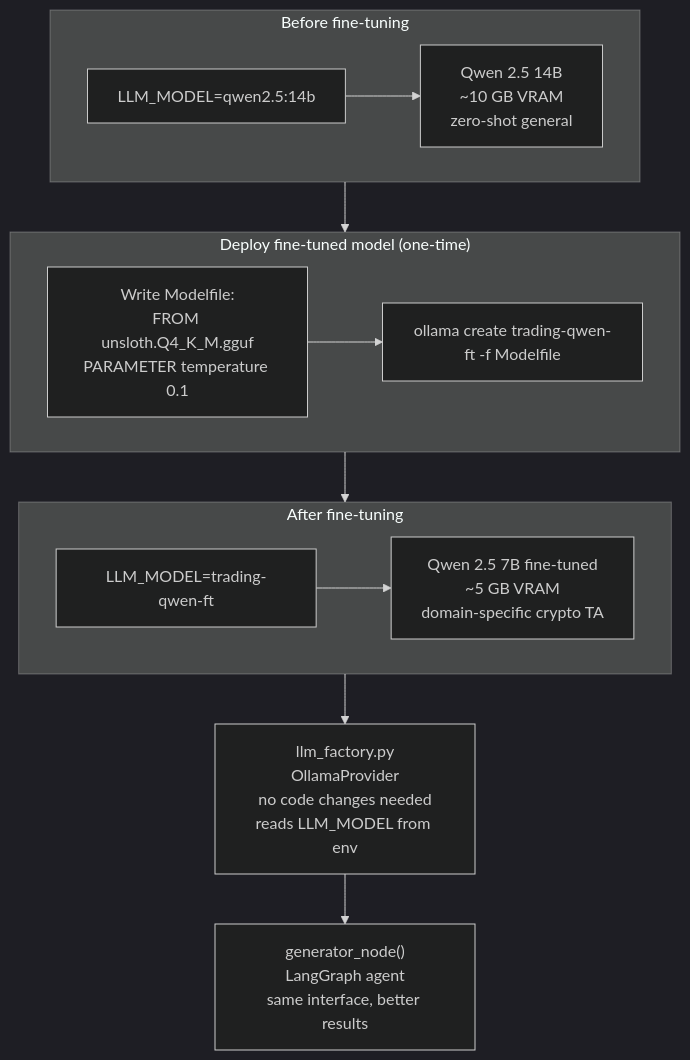
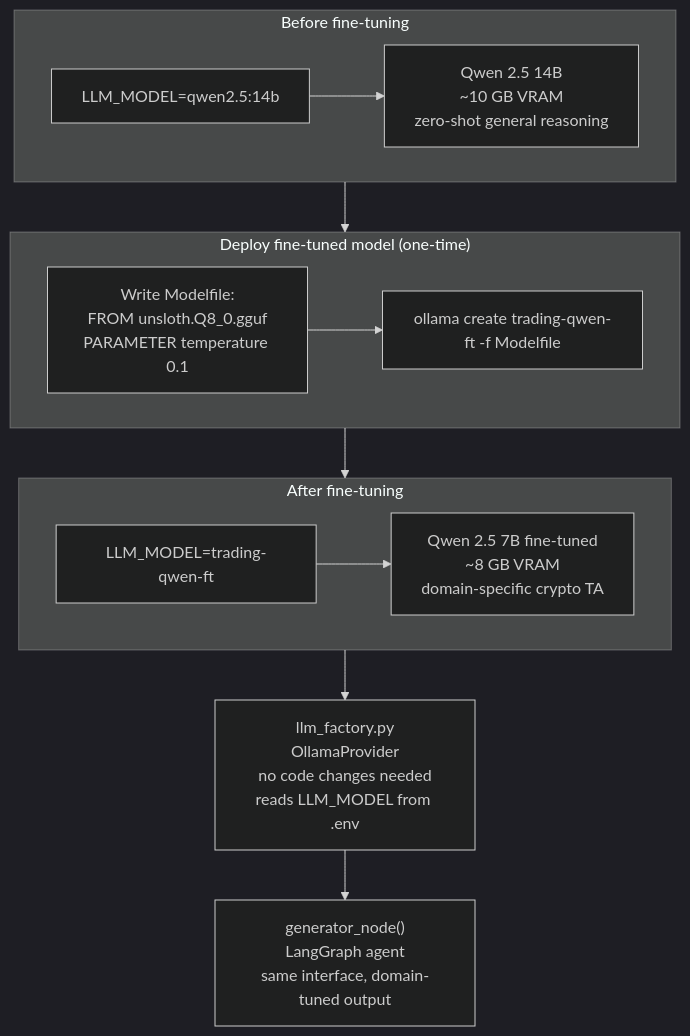
The third of 4 diagrams in docs/QLORA_FINETUNING.md (alejandrogonzalz/trading_management), drawn with Mermaid (dark theme) before and after one commit. The commit also changed other lines of this file and 79 other files, not shown here.

````diff
--- a/docs/QLORA_FINETUNING.md
+++ b/docs/QLORA_FINETUNING.md
@@ -343,25 +295,25 @@
 ```mermaid
 flowchart TD
     subgraph BEFORE["Before fine-tuning"]
         B_ENV["LLM_MODEL=qwen2.5:14b"]
-        B_MOD["Qwen 2.5 14B\n~10 GB VRAM\nzero-shot general"]
+        B_MOD["Qwen 2.5 14B\n~10 GB VRAM\nzero-shot general reasoning"]
         B_ENV --> B_MOD
     end
 
     subgraph DEPLOY["Deploy fine-tuned model (one-time)"]
-        MF["Write Modelfile:\nFROM unsloth.Q4_K_M.gguf\nPARAMETER temperature 0.1"]
+        MF["Write Modelfile:\nFROM unsloth.Q8_0.gguf\nPARAMETER temperature 0.1"]
         OC["ollama create trading-qwen-ft -f Modelfile"]
         MF --> OC
     end
 
     subgraph AFTER["After fine-tuning"]
         A_ENV["LLM_MODEL=trading-qwen-ft"]
-        A_MOD["Qwen 2.5 7B fine-tuned\n~5 GB VRAM\ndomain-specific crypto TA"]
+        A_MOD["Qwen 2.5 7B fine-tuned\n~8 GB VRAM\ndomain-specific crypto TA"]
         A_ENV --> A_MOD
     end
 
     BEFORE --> DEPLOY --> AFTER
 
-    AFTER --> LLM["llm_factory.py\nOllamaProvider\nno code changes needed\nreads LLM_MODEL from env"]
-    LLM --> GEN["generator_node()\nLangGraph agent\nsame interface, better results"]
+    AFTER --> LLM["llm_factory.py\nOllamaProvider\nno code changes needed\nreads LLM_MODEL from .env"]
+    LLM --> GEN["generator_node()\nLangGraph agent\nsame interface, domain-tuned output"]
 ```
````
